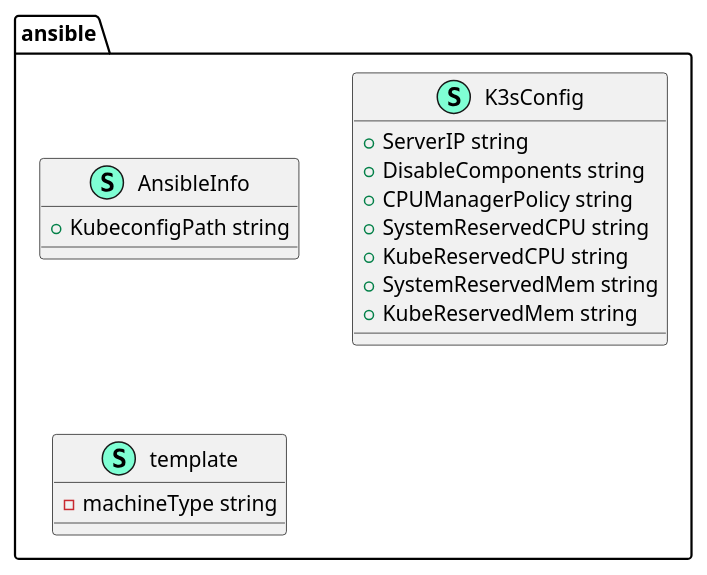
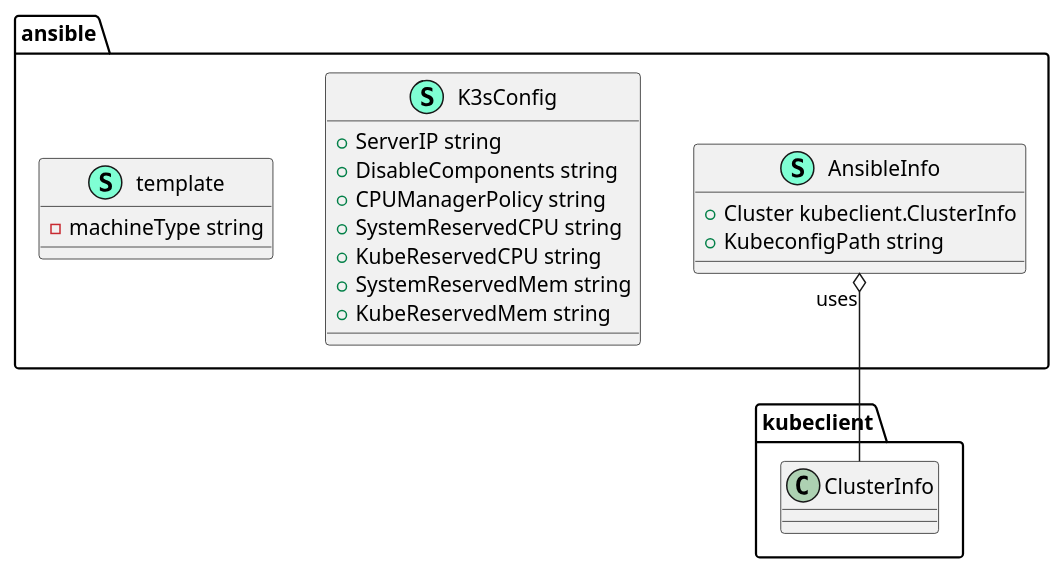
One commit to motangpuar/o2-ims-worker changed the diagram in docs/puml/ansible.puml. Above: the diagram before and after it, drawn with PlantUML. The commit also changed 13 other files, not shown here.

```diff
--- a/docs/puml/ansible.puml
+++ b/docs/puml/ansible.puml
@@ -1,27 +1,29 @@
 @startuml
 top to bottom direction
 namespace ansible {
     class "AnsibleInfo" << (S,Aquamarine) >> {
+        + Cluster kubeclient.ClusterInfo
         + KubeconfigPath string
 
     }
     class "K3sConfig" << (S,Aquamarine) >> {
         + ServerIP string
         + DisableComponents string
         + CPUManagerPolicy string
         + SystemReservedCPU string
         + KubeReservedCPU string
         + SystemReservedMem string
         + KubeReservedMem string
 
     }
     class "template" << (S,Aquamarine) >> {
         - machineType string
 
     }
 }
 
 
+"ansible.AnsibleInfo""uses" o-- "kubeclient.ClusterInfo"
 
 
 @enduml
```
